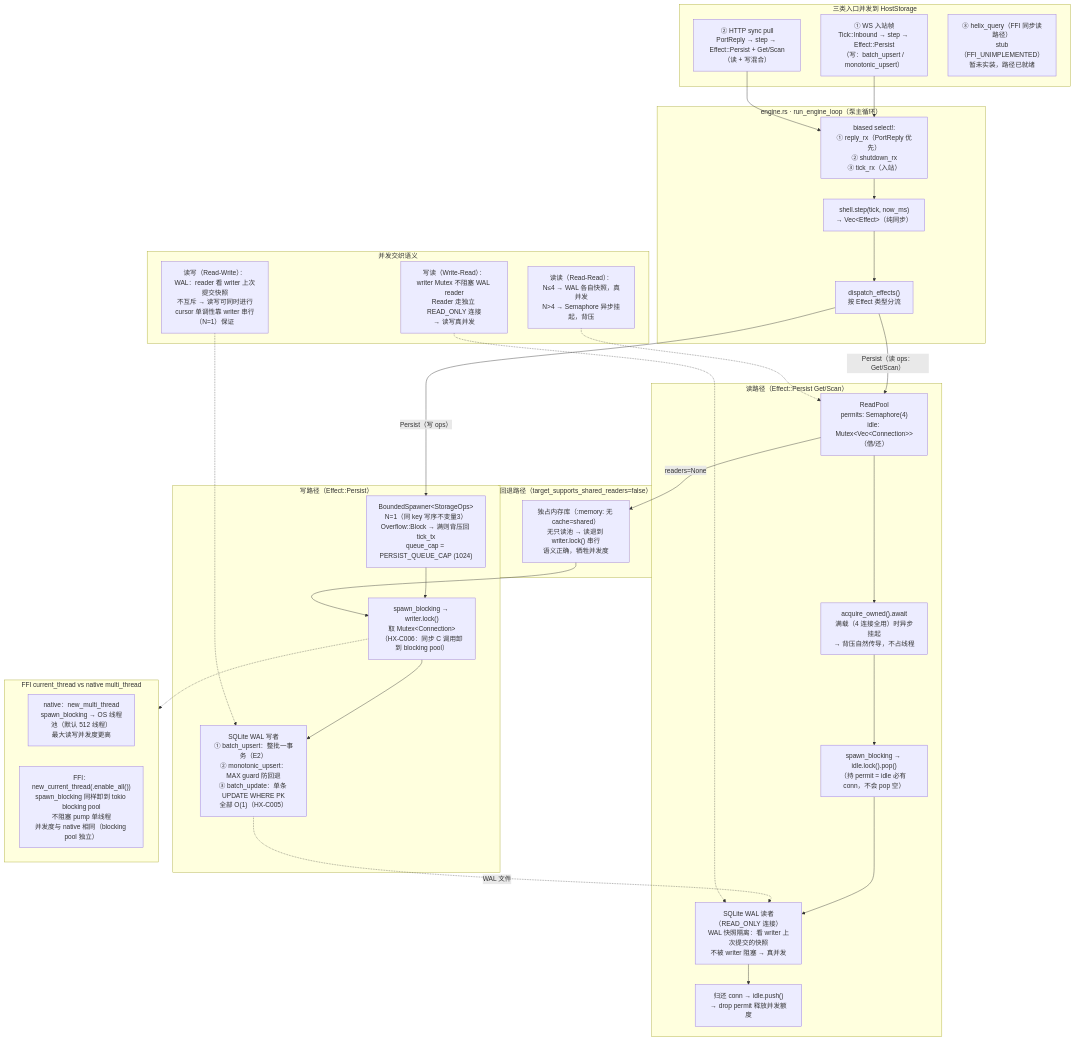
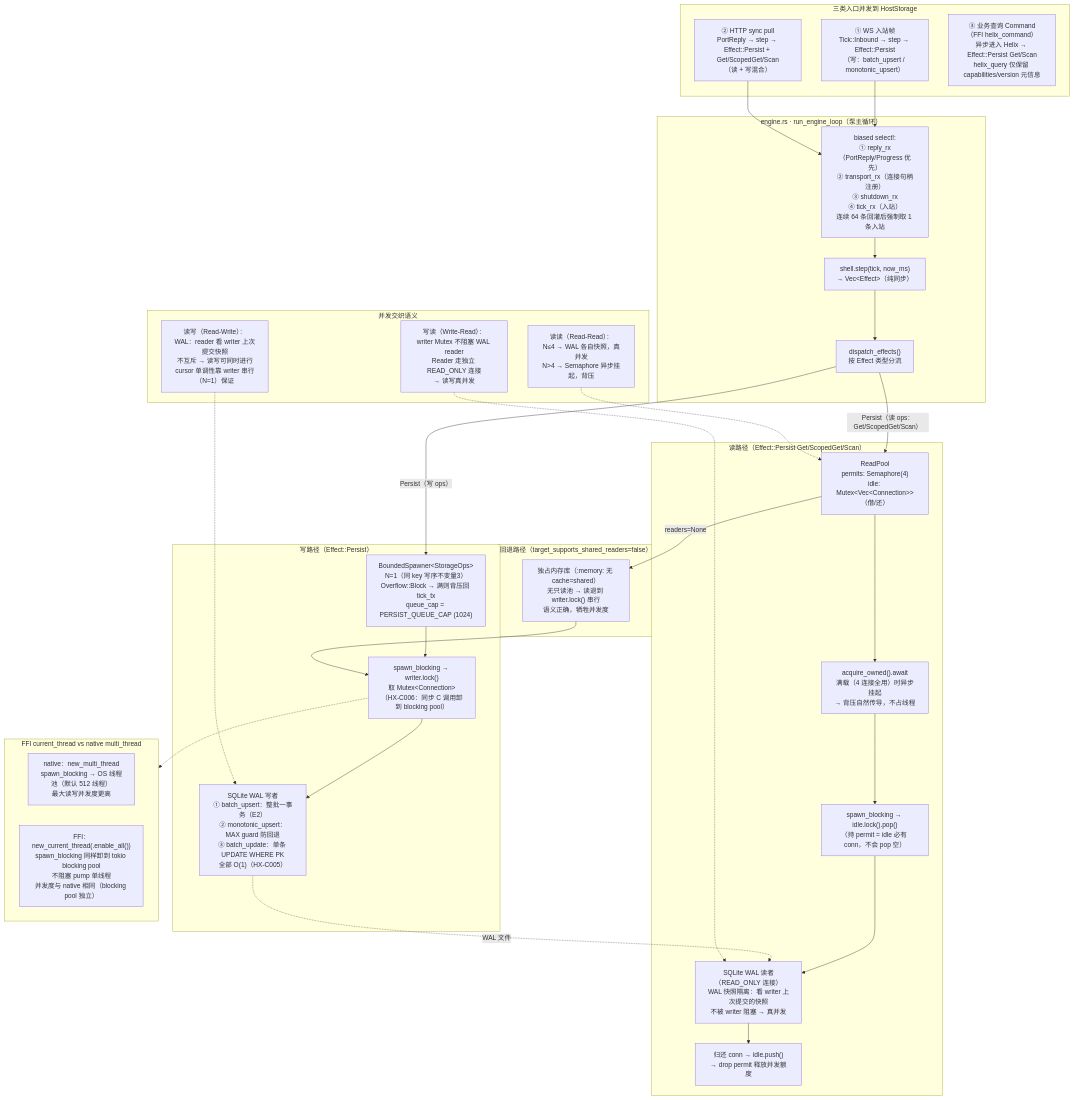
Before and after one commit to zxs1633079383/helix: the diagram in crates/helix-driver-host/docs/design/05-storage-rw-concurrency.mmd, drawn with Mermaid. The commit also changed 16 other files, not shown here.

```diff
--- a/crates/helix-driver-host/docs/design/05-storage-rw-concurrency.mmd
+++ b/crates/helix-driver-host/docs/design/05-storage-rw-concurrency.mmd
@@ -1,61 +1,61 @@
 %% Helix · helix-driver-host · 读写/读读/写读 并发交织图
 %% 真源：src/storage.rs（HostStorage / ReadPool）· src/engine.rs · src/spawner.rs（BoundedSpawner N=1）
 %% 关联约束：HX-C005（热路径 O(1)）· HX-C006（spawn_blocking 隔离）· HX-C010（确定性有序）
 
 flowchart TD
     subgraph ENTRIES["三类入口并发到 HostStorage"]
         WS["① WS 入站帧\nTick::Inbound → step → Effect::Persist\n（写：batch_upsert / monotonic_upsert）"]
-        HTTP["② HTTP sync pull\nPortReply → step → Effect::Persist + Get/Scan\n（读 + 写混合）"]
-        QUERY["③ helix_query（FFI 同步读路径）\nstub（FFI_UNIMPLEMENTED）\n暂未实装，路径已就绪"]
+        HTTP["② HTTP sync pull\nPortReply → step → Effect::Persist + Get/ScopedGet/Scan\n（读 + 写混合）"]
+        QUERY["③ 业务查询 Command（FFI helix_command）\n异步进入 Helix → Effect::Persist Get/Scan\nhelix_query 仅保留 capabilities/version 元信息"]
     end
 
     subgraph ENGINE["engine.rs · run_engine_loop（泵主循环）"]
-        BIASED["biased select!:\n① reply_rx（PortReply 优先）\n② shutdown_rx\n③ tick_rx（入站）"]
+        BIASED["biased select!:\n① reply_rx（PortReply/Progress 优先）\n② transport_rx（连接句柄注册）\n③ shutdown_rx\n④ tick_rx（入站）\n连续 64 条回灌后强制取 1 条入站"]
         STEP["shell.step(tick, now_ms)\n→ Vec&lt;Effect&gt;（纯同步）"]
         DISPATCH["dispatch_effects()\n按 Effect 类型分流"]
     end
 
     WS --> BIASED
     HTTP --> BIASED
     BIASED --> STEP --> DISPATCH
 
     subgraph WRITE_PATH["写路径（Effect::Persist）"]
         BS["BoundedSpawner&lt;StorageOps&gt;\nN=1（同 key 写序不变量3）\nOverflow::Block → 满则背压回 tick_tx\nqueue_cap = PERSIST_QUEUE_CAP (1024)"]
         SB_W["spawn_blocking → writer.lock()\n取 Mutex&lt;Connection&gt;\n（HX-C006：同步 C 调用卸到 blocking pool）"]
         WAL_W["SQLite WAL 写者\n① batch_upsert：整批一事务（E2）\n② monotonic_upsert：MAX guard 防回退\n③ batch_update：单条 UPDATE WHERE PK\n全部 O(1)（HX-C005）"]
     end
 
-    subgraph READ_PATH["读路径（Effect::Persist Get/Scan）"]
+    subgraph READ_PATH["读路径（Effect::Persist Get/ScopedGet/Scan）"]
         RP["ReadPool\npermits: Semaphore(4)\nidle: Mutex&lt;Vec&lt;Connection&gt;&gt;（借/还）"]
         ACQUIRE["acquire_owned().await\n满载（4 连接全用）时异步挂起\n→ 背压自然传导，不占线程"]
         POP["spawn_blocking → idle.lock().pop()\n（持 permit = idle 必有 conn，不会 pop 空）"]
         WAL_R["SQLite WAL 读者（READ_ONLY 连接）\nWAL 快照隔离：看 writer 上次提交的快照\n不被 writer 阻塞 → 真并发"]
         RETURN["归还 conn → idle.push()\n→ drop permit 释放并发额度"]
     end
 
     subgraph FALLBACK["回退路径（target_supports_shared_readers=false）"]
         FB["独占内存库（:memory: 无 cache=shared）\n无只读池 → 读退到 writer.lock() 串行\n语义正确，牺牲并发度"]
     end
 
     DISPATCH -->|"Persist（写 ops）"| BS
     BS --> SB_W --> WAL_W
-    DISPATCH -->|"Persist（读 ops：Get/Scan）"| RP
+    DISPATCH -->|"Persist（读 ops：Get/ScopedGet/Scan）"| RP
     RP --> ACQUIRE --> POP --> WAL_R --> RETURN
     RP -->|"readers=None"| FB --> SB_W
 
     subgraph CONCURRENCY["并发交织语义"]
         RR["读读（Read-Read）：\nN≤4 → WAL 各自快照，真并发\nN>4 → Semaphore 异步挂起，背压"]
         RW["读写（Read-Write）：\nWAL：reader 看 writer 上次提交快照\n不互斥 → 读写可同时进行\ncursor 单调性靠 writer 串行（N=1）保证"]
         WR["写读（Write-Read）：\nwriter Mutex 不阻塞 WAL reader\nReader 走独立 READ_ONLY 连接\n→ 读写真并发"]
     end
 
     WAL_W -.->|"WAL 文件"| WAL_R
     RR -.-> RP
     RW -.-> WAL_W
     WR -.-> WAL_R
 
     subgraph FFI_NATIVE["FFI current_thread vs native multi_thread"]
         NATIVE["native：new_multi_thread\nspawn_blocking → OS 线程池（默认 512 线程）\n最大读写并发度更高"]
         FFI["FFI：new_current_thread(.enable_all())\nspawn_blocking 同样卸到 tokio blocking pool\n不阻塞 pump 单线程\n并发度与 native 相同（blocking pool 独立）"]
     end
     SB_W -.-> FFI_NATIVE
```
